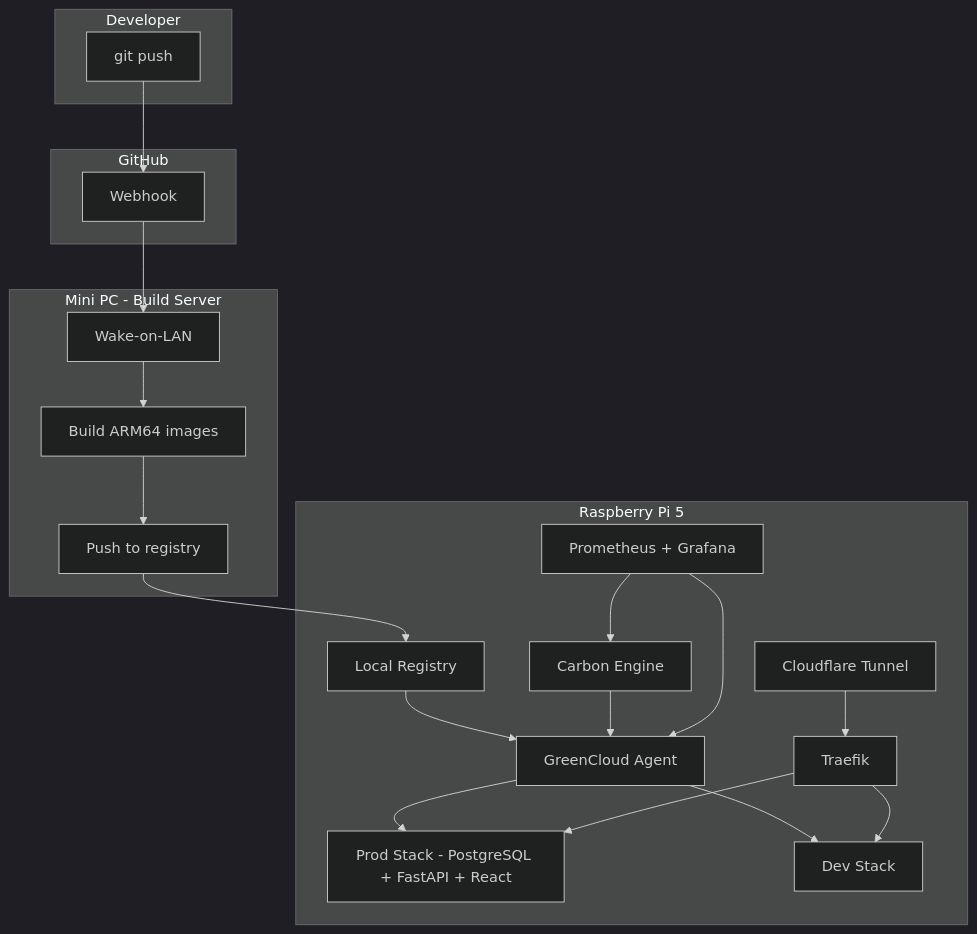
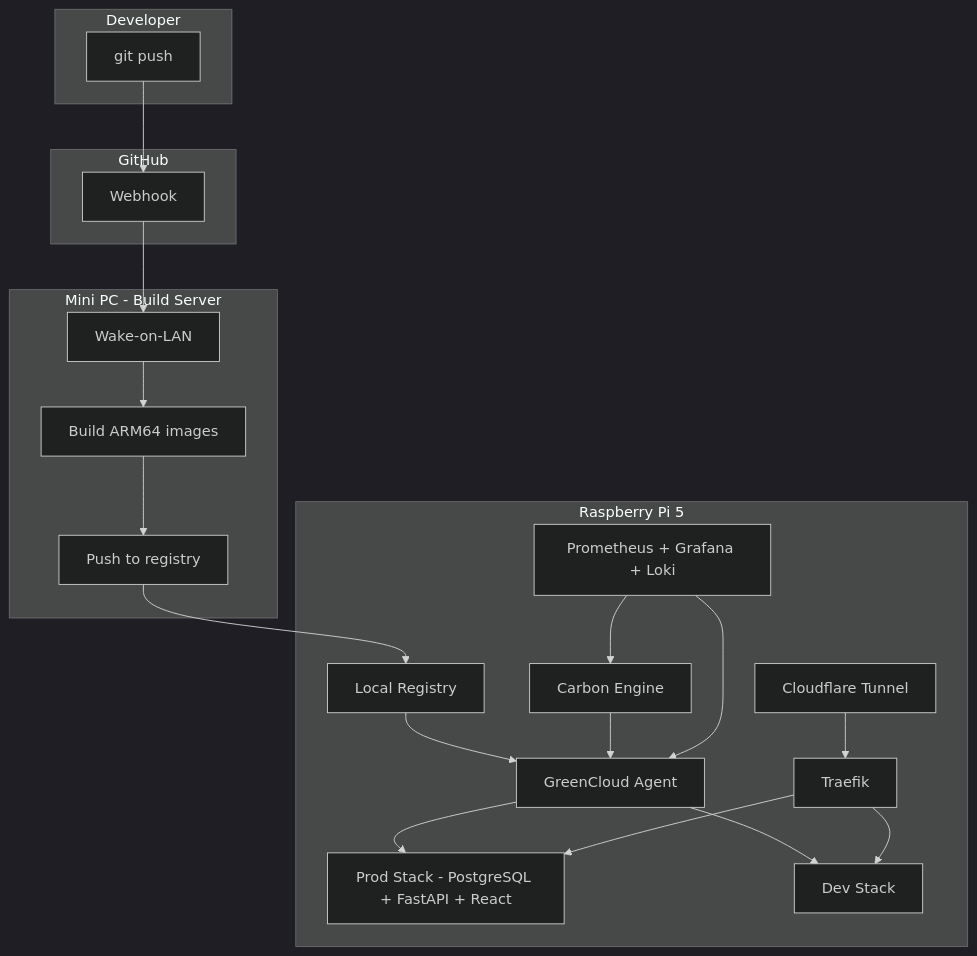
The diagram in README.md (mattygibson/green-cloud), drawn with Mermaid (dark theme) before and after one commit. The commit also changed other lines of this file, not shown here.

````diff
--- a/README.md
+++ b/README.md
@@ -7,34 +19,34 @@
 ```mermaid
 graph TD
     subgraph "Developer"
         A[git push]
     end
 
     subgraph "GitHub"
         B[Webhook]
     end
 
     subgraph "Mini PC - Build Server"
         C[Wake-on-LAN]
         D[Build ARM64 images]
         E[Push to registry]
     end
 
     subgraph "Raspberry Pi 5"
         F[Local Registry]
         G[GreenCloud Agent]
         H[Prod Stack - PostgreSQL + FastAPI + React]
         I[Dev Stack]
         J[Traefik]
         K[Cloudflare Tunnel]
         L[Carbon Engine]
-        M[Prometheus + Grafana]
+        M[Prometheus + Grafana + Loki]
     end
 
     A --> B --> C --> D --> E --> F
     F --> G --> H & I
     J --> H & I
     K --> J
     L --> G
     M --> G & L
 ```
````
